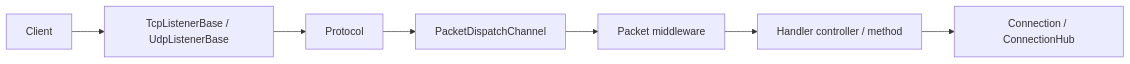
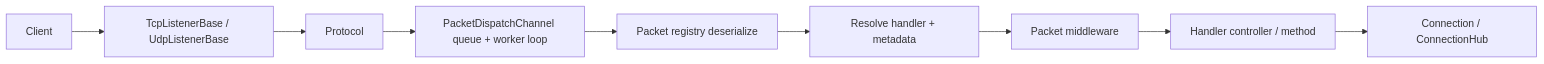
The first of 2 diagrams in docs/concepts/architecture.md (ppn-systems/nalix-docs), drawn with Mermaid before and after one commit. The commit also changed other lines of this file and 30 other files, not shown here.

````diff
--- a/docs/concepts/architecture.md
+++ b/docs/concepts/architecture.md
@@ -17,9 +17,11 @@
 ```mermaid
 flowchart LR
     Client["Client"] --> Listener["TcpListenerBase / UdpListenerBase"]
     Listener --> Protocol["Protocol"]
-    Protocol --> Dispatch["PacketDispatchChannel"]
-    Dispatch --> Middleware["Packet middleware"]
+    Protocol --> Dispatch["PacketDispatchChannel queue + worker loop"]
+    Dispatch --> Deserialize["Packet registry deserialize"]
+    Deserialize --> Metadata["Resolve handler + metadata"]
+    Metadata --> Middleware["Packet middleware"]
     Middleware --> Handler["Handler controller / method"]
     Handler --> Connection["Connection / ConnectionHub"]
 ```
````
